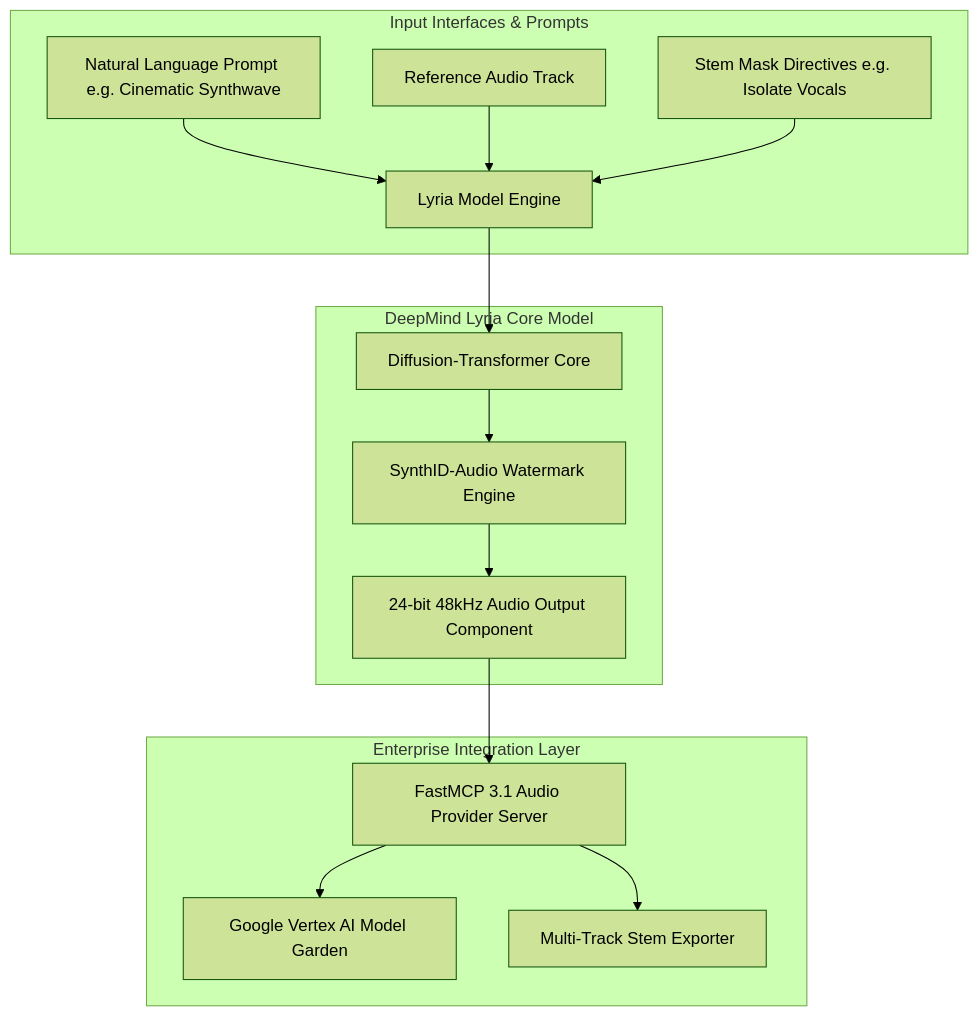
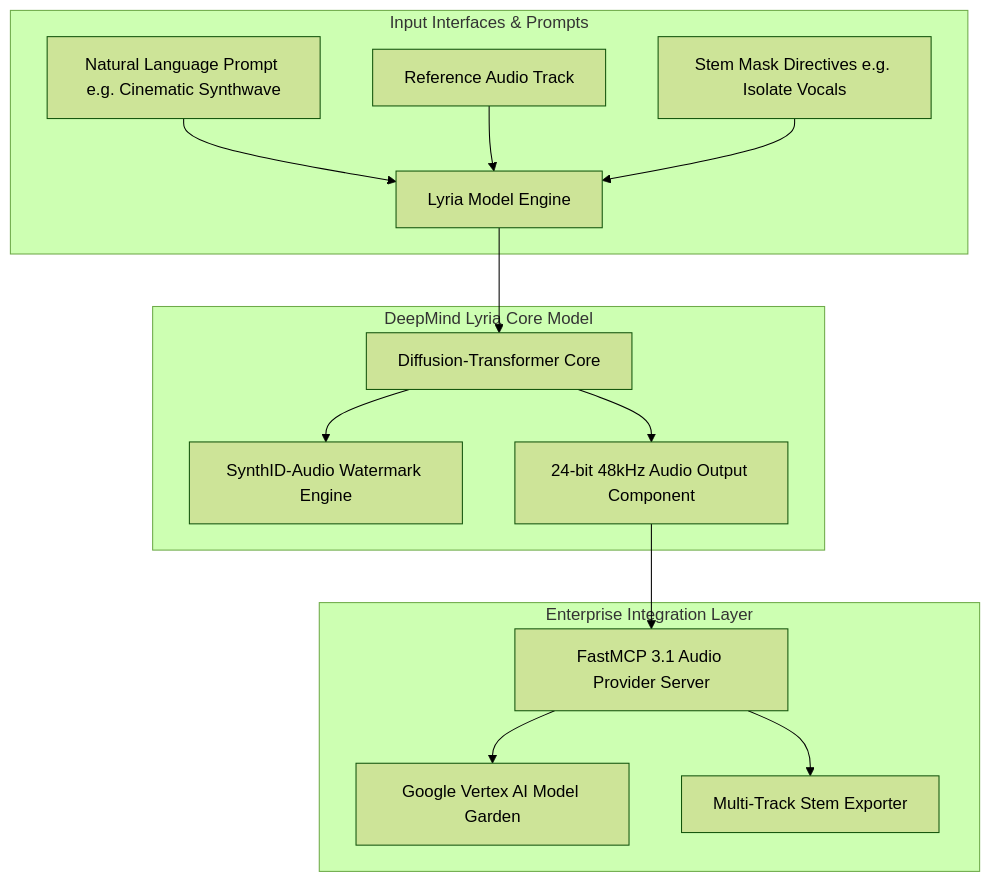
One commit to joanmarcriera/Home-office-automations changed the first of 2 diagrams in docs/tools/ai_knowledge/google-lyria.md. Above: the diagram before and after it, drawn with Mermaid (forest theme). The commit also changed other lines of this file and 5 other files, not shown here.

````diff
--- a/docs/tools/ai_knowledge/google-lyria.md
+++ b/docs/tools/ai_knowledge/google-lyria.md
@@ -12,20 +61,20 @@
 ```mermaid
 graph TD
     subgraph Input Interfaces & Prompts
         TextPrompt[Natural Language Prompt e.g. Cinematic Synthwave] --> ModelEngine[Lyria Model Engine]
         AudioRef[Reference Audio Track] --> ModelEngine
         StemMask[Stem Mask Directives e.g. Isolate Vocals] --> ModelEngine
     end
 
     subgraph DeepMind Lyria Core Model
         ModelEngine --> DiffTrans[Diffusion-Transformer Core]
         DiffTrans --> SynthID[SynthID-Audio Watermark Engine]
-        SynthID --> AudioEncoder[24-bit 48kHz Audio Output Component]
+        DiffTrans --> AudioEncoder[24-bit 48kHz Audio Output Component]
     end
 
     subgraph Enterprise Integration Layer
         AudioEncoder --> FastMCPBridge[FastMCP 3.1 Audio Provider Server]
         FastMCPBridge --> VertexEndpoint[Google Vertex AI Model Garden]
         FastMCPBridge --> StemExporter[Multi-Track Stem Exporter]
     end
 ```
````
